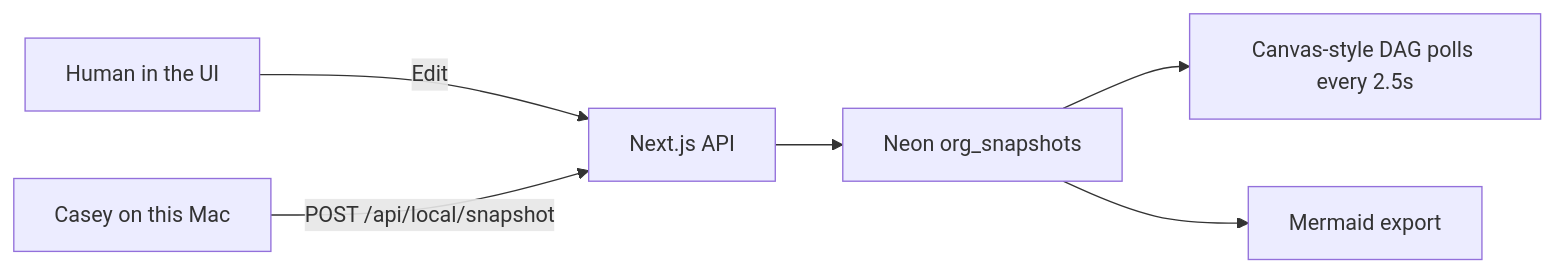
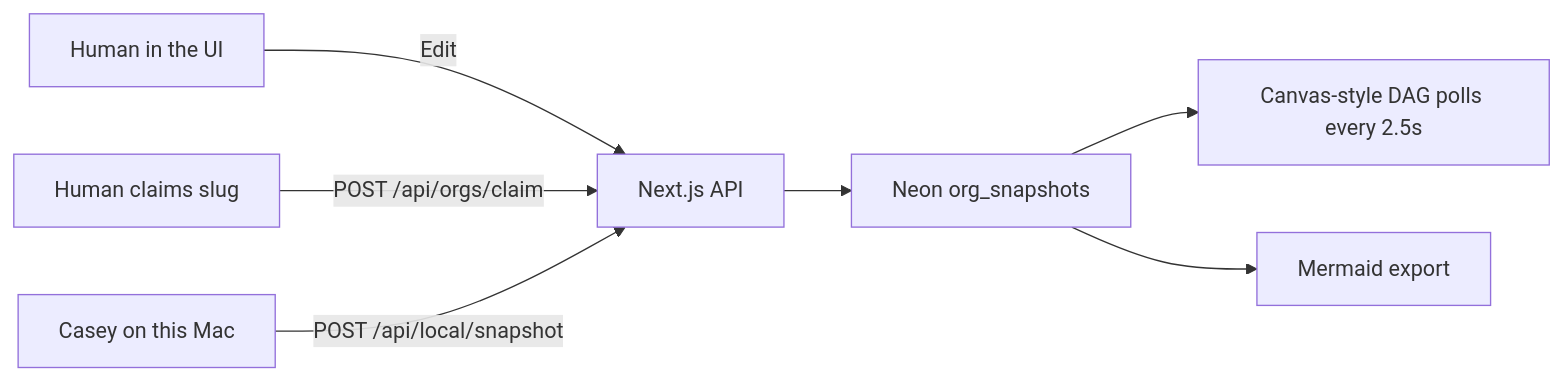
One commit to supe-log/eye-of-grok changed the diagram in ARCHITECTURE.md. Above: the diagram before and after it, drawn with Mermaid. The commit also changed other lines of this file and 46 other files, not shown here.

````diff
--- a/ARCHITECTURE.md
+++ b/ARCHITECTURE.md
@@ -63,8 +63,9 @@
 ```mermaid
 flowchart LR
   Human[Human in the UI] -->|Edit| API
+  HumanClaim[Human claims slug] -->|POST /api/orgs/claim| API
   Casey[Casey on this Mac] -->|POST /api/local/snapshot| API
   API[Next.js API] --> Store[Neon org_snapshots]
   Store --> Map[Canvas-style DAG polls every 2.5s]
   Store --> Mermaid[Mermaid export]
 ```
````
